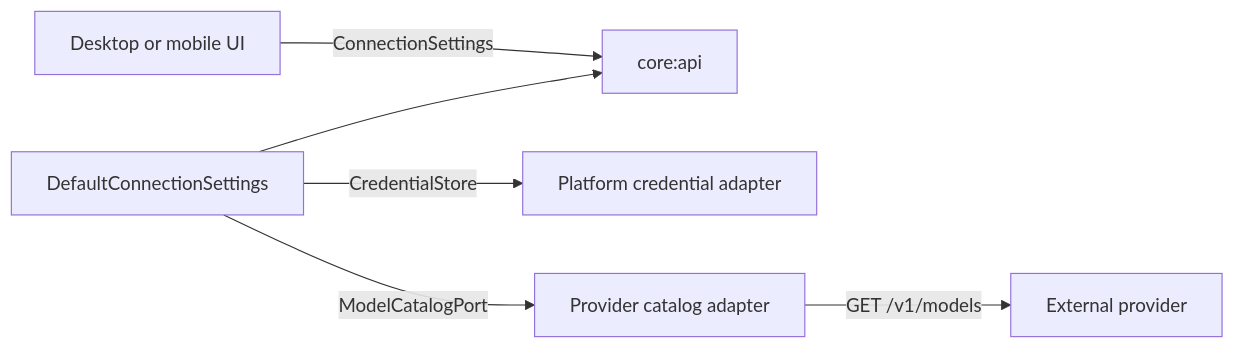
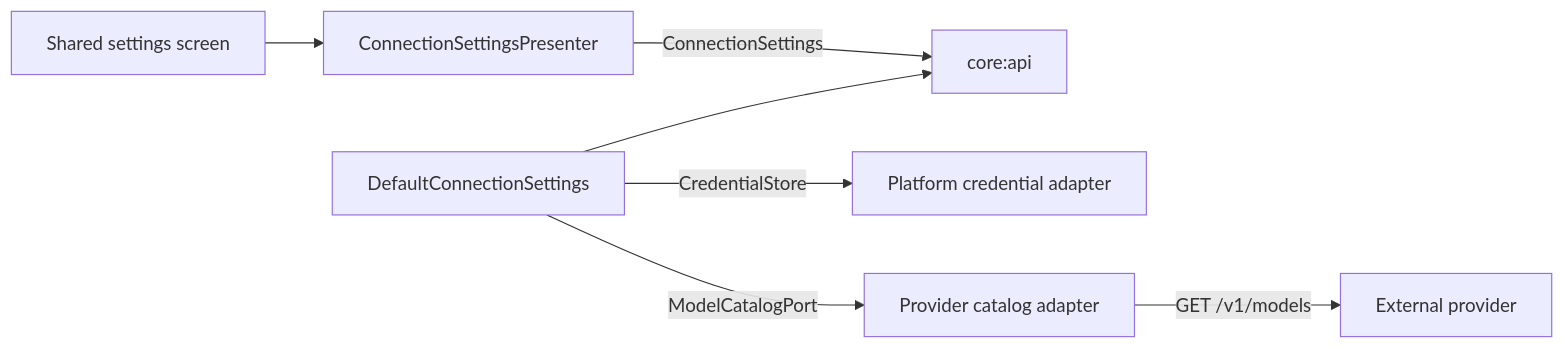
Before and after one commit to artemidius/blowhard: the diagram in docs/architecture/live-provider-settings.md, drawn with Mermaid. The commit also changed other lines of this file and 3 other files, not shown here.

````diff
--- a/docs/architecture/live-provider-settings.md
+++ b/docs/architecture/live-provider-settings.md
@@ -7,8 +7,9 @@
 ```mermaid
 flowchart LR
-    UI[Desktop or mobile UI] -->|ConnectionSettings| API[core:api]
+    UI[Shared settings screen] --> Presenter[ConnectionSettingsPresenter]
+    Presenter -->|ConnectionSettings| API[core:api]
     App[DefaultConnectionSettings] --> API
     App -->|CredentialStore| Vault[Platform credential adapter]
     App -->|ModelCatalogPort| Catalog[Provider catalog adapter]
     Catalog -->|GET /v1/models| Provider[External provider]
 ```
````
